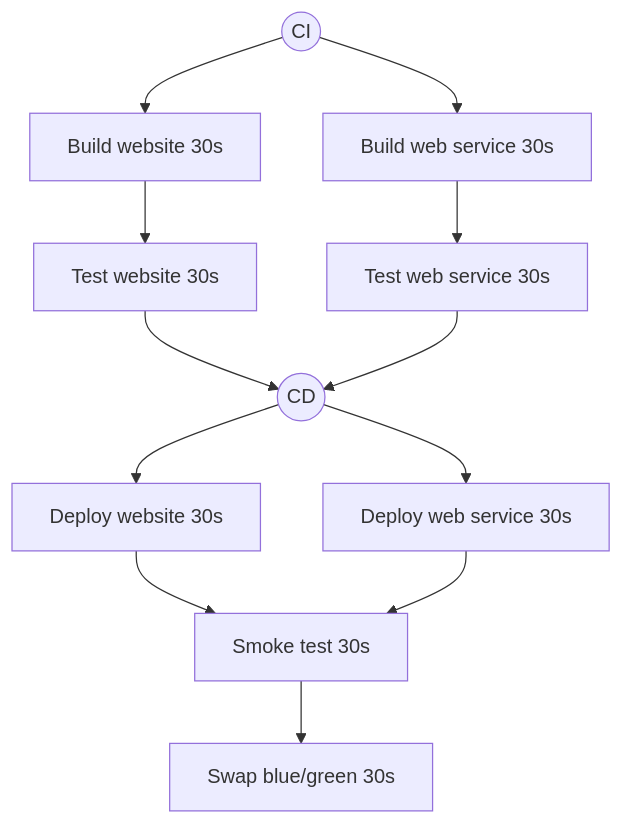
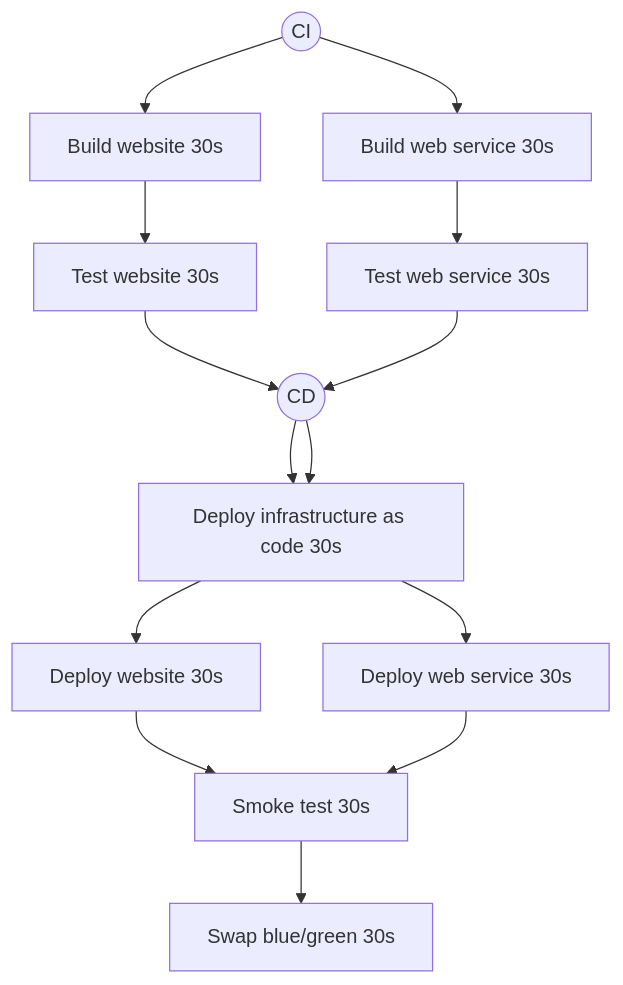
Before and after one commit to samsmithnz/ParallelPipelinesDemo: the second of 2 diagrams in README.md, drawn with Mermaid.

````diff
--- a/README.md
+++ b/README.md
@@ -12,6 +12,6 @@
 ```mermaid
   graph TD;
-      ci((CI))-->buildweb[Build website 30s]-->testWebsite[Test website 30s]-->cd((CD))-->deployWebsite[Deploy website 30s]-->smoke[Smoke test 30s];
-      ci((CI))-->buildwebservice[Build web service 30s]-->testsWebservice[Test web service 30s]-->cd((CD))-->deployWebService[Deploy web service 30s]-->smoke[Smoke test 30s];
+      ci((CI))-->buildweb[Build website 30s]-->testWebsite[Test website 30s]-->cd((CD))-->deployIAC[Deploy infrastructure as code 30s]-->deployWebsite[Deploy website 30s]-->smoke[Smoke test 30s];
+      ci((CI))-->buildwebservice[Build web service 30s]-->testsWebservice[Test web service 30s]-->cd((CD))-->deployIAC[Deploy infrastructure as code 30s]-->deployWebService[Deploy web service 30s]-->smoke[Smoke test 30s];
       smoke[Smoke test 30s]-->swap[Swap blue/green 30s];
 ```
````
